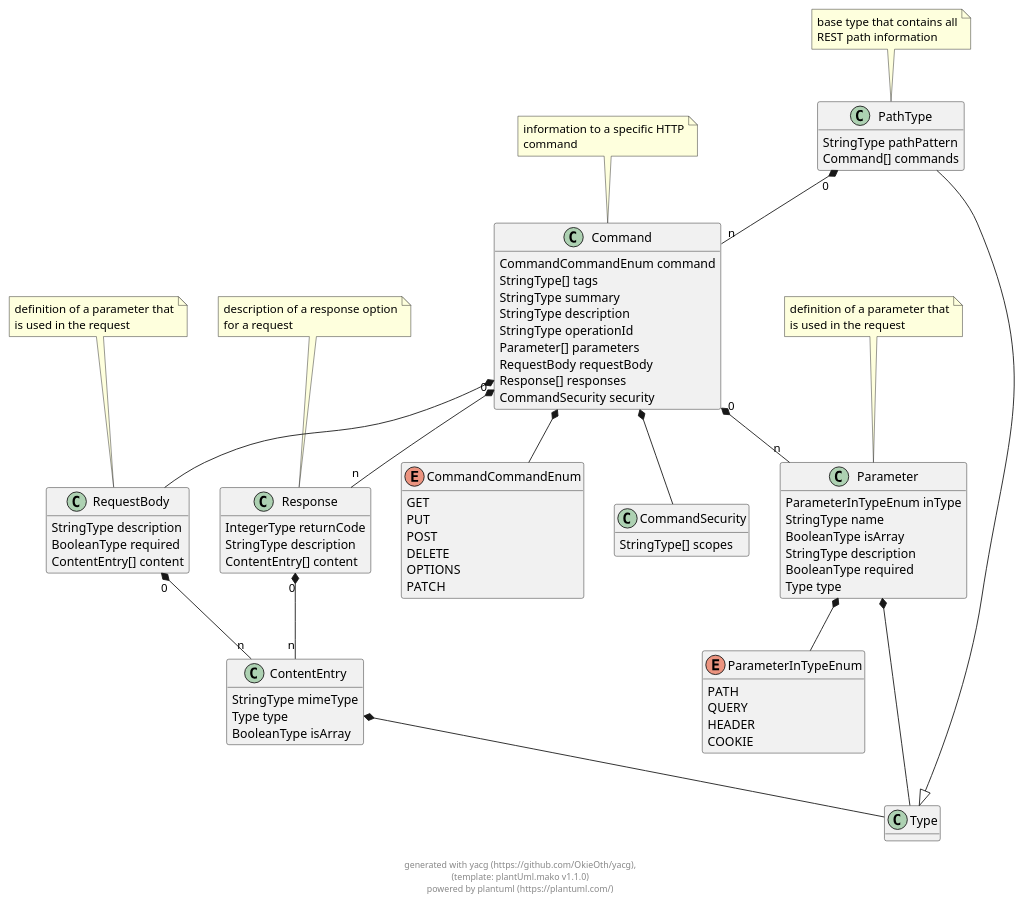
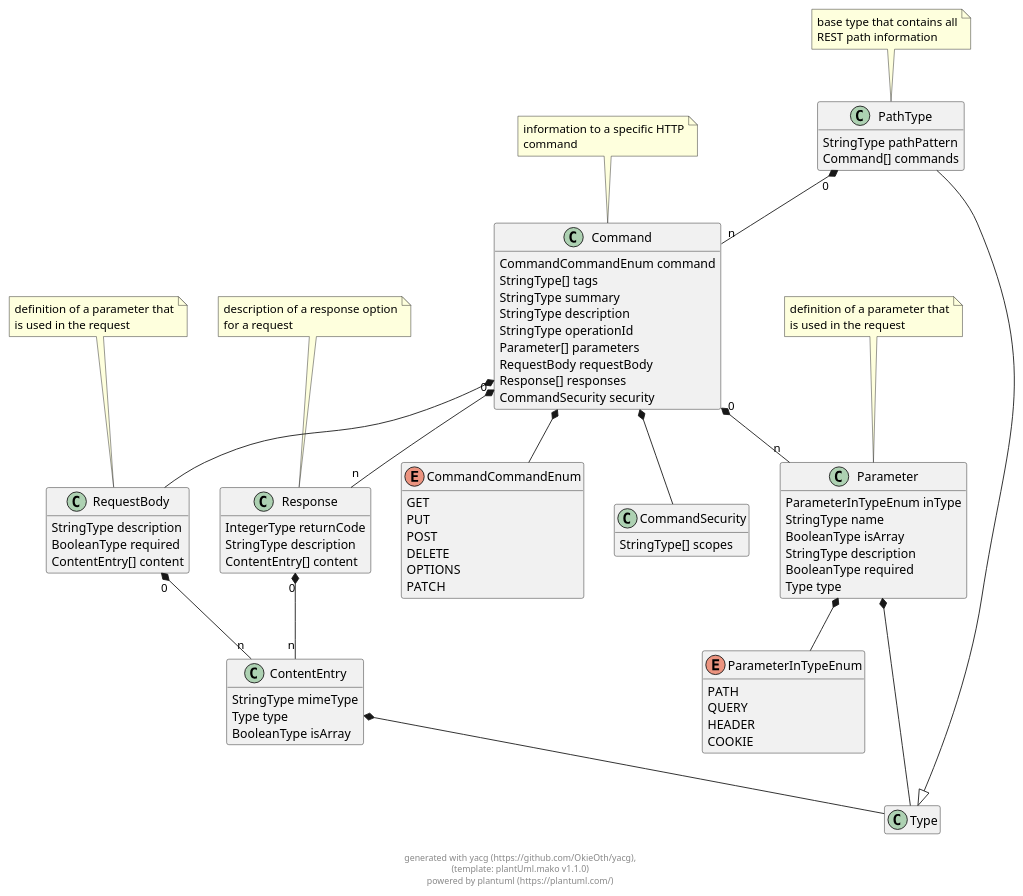
The diagram in docs/puml/yacg_openapi.puml (OkieOth/yacg), drawn with PlantUML before and after one commit. The commit also changed 9 other files, not shown here.

```diff
--- a/docs/puml/yacg_openapi.puml
+++ b/docs/puml/yacg_openapi.puml
@@ -2,144 +2,145 @@
 @startuml
 hide empty methods
+hide empty fields
 
 class PathType {
         StringType pathPattern
         Command[] commands
 }
 
 note top: base type that contains all\nREST path information
 
 PathType --|> Type
 class Command {
         CommandCommandEnum command
         StringType[] tags
         StringType summary
         StringType description
         StringType operationId
         Parameter[] parameters
         RequestBody requestBody
         Response[] responses
         CommandSecurity security
 }
 
 note top: information to a specific HTTP\ncommand
 
 enum CommandCommandEnum {
     GET
     PUT
     POST
     DELETE
     OPTIONS
     PATCH
 }
 
 
 class Parameter {
         ParameterInTypeEnum inType
         StringType name
         BooleanType isArray
         StringType description
         BooleanType required
         Type type
 }
 
 note top: definition of a parameter that\nis used in the request
 
 class RequestBody {
         StringType description
         BooleanType required
         ContentEntry[] content
 }
 
 note top: definition of a parameter that\nis used in the request
 
 class Response {
         IntegerType returnCode
         StringType description
         ContentEntry[] content
 }
 
 note top: description of a response option\nfor a request
 
 class CommandSecurity {
         StringType[] scopes
 }
 
 
 class ContentEntry {
         StringType mimeType
         Type type
         BooleanType isArray
 }
 
 
 enum ParameterInTypeEnum {
     PATH
     QUERY
     HEADER
     COOKIE
 }
 
 
 
     
 
 PathType "0" *-- "n" Command
             
 
     
 Command  *--  CommandCommandEnum
             
 
 
 
 
 
 Command "0" *-- "n" Parameter
             
 
 Command  *--  RequestBody
             
 
 Command "0" *-- "n" Response
             
 
 Command  *--  CommandSecurity
             
 
     
     
 Parameter  *--  ParameterInTypeEnum
             
 
 
 
 
 
 Parameter  *--  Type
             
 
     
 
 
 RequestBody "0" *-- "n" ContentEntry
             
 
     
 
 
 Response "0" *-- "n" ContentEntry
             
 
     
 
     
 
 ContentEntry  *--  Type
             
 
 
     
 
 footer \ngenerated with yacg (https://github.com/OkieOth/yacg),\n(template: plantUml.mako v1.1.0)\npowered by plantuml (https://plantuml.com/)
 @enduml
```
